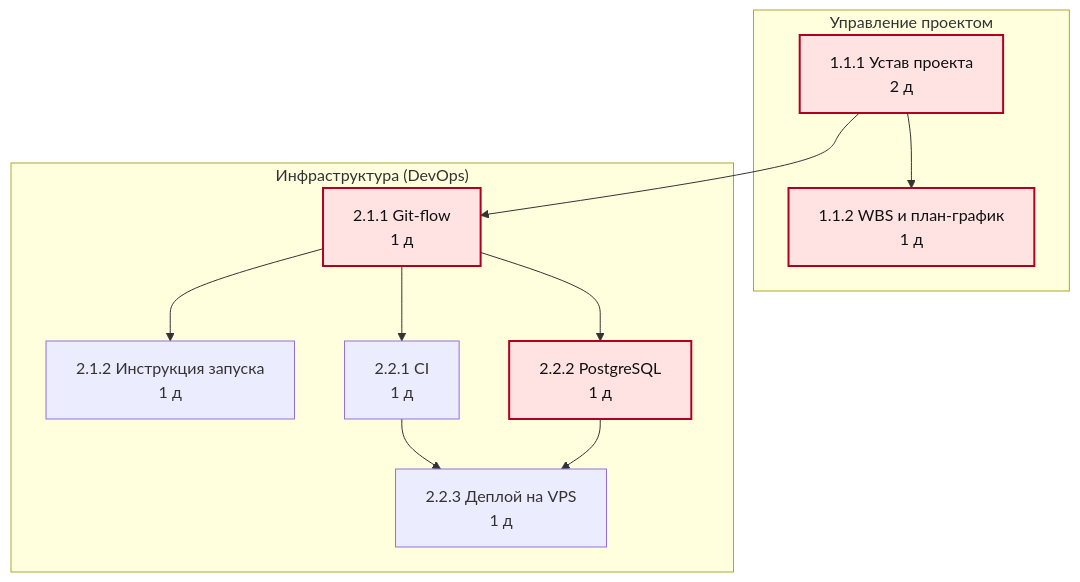
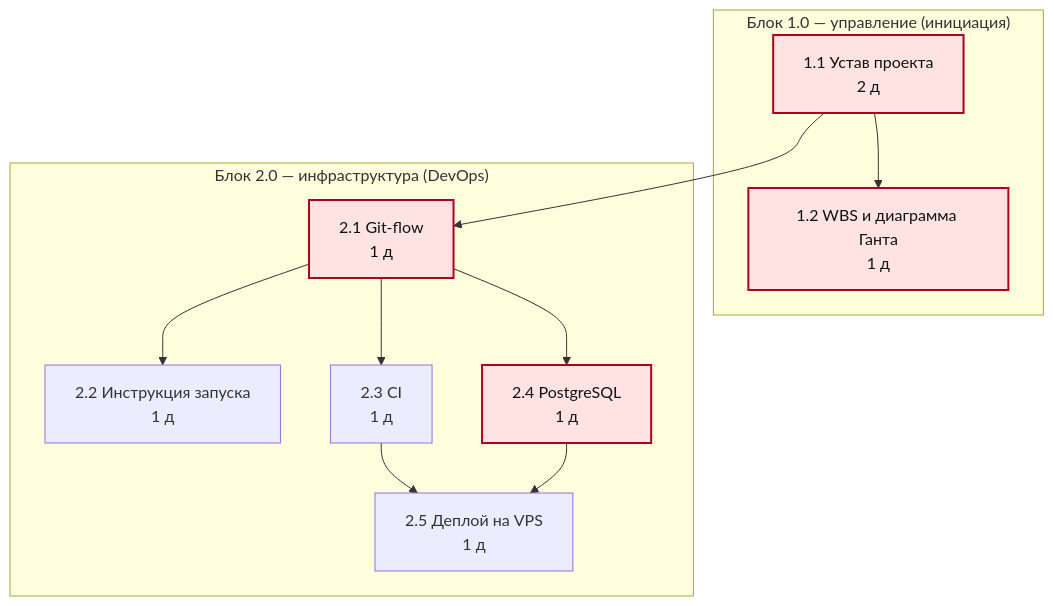
Before and after one commit to xlazyone/bileton: the first of 6 diagrams in docs/labs/lab-06-schedule.md, drawn with Mermaid. The commit also changed other lines of this file and 2 other files, not shown here.

Commit message:
docs: ЛР6 перестроена по обновлённой WBS, Ганта в формате MS Project

````diff
--- a/docs/labs/lab-06-schedule.md
+++ b/docs/labs/lab-06-schedule.md
@@ -110,24 +119,24 @@
 ```mermaid
 flowchart TB
     classDef crit fill:#ffe3e3,stroke:#b00020,stroke-width:2px,color:#111;
-    classDef gate fill:#eef4ff,stroke:#3b5bdb,stroke-width:2px,color:#111;
-    subgraph tg0["Управление проектом"]
-        t111["1.1.1 Устав проекта<br/>2 д"]
-        t112["1.1.2 WBS и план-график<br/>1 д"]
+    classDef gate fill:#eef4ff,stroke:#3b5bdb,stroke-width:2px,stroke-dasharray: 5 4,color:#111;
+    subgraph tg0["Блок 1.0 — управление (инициация)"]
+        t1_1["1.1 Устав проекта<br/>2 д"]
+        t1_2["1.2 WBS и диаграмма Ганта<br/>1 д"]
     end
-    subgraph tg1["Инфраструктура (DevOps)"]
-        t211["2.1.1 Git-flow<br/>1 д"]
-        t212["2.1.2 Инструкция запуска<br/>1 д"]
-        t221["2.2.1 CI<br/>1 д"]
-        t222["2.2.2 PostgreSQL<br/>1 д"]
-        t223["2.2.3 Деплой на VPS<br/>1 д"]
+    subgraph tg1["Блок 2.0 — инфраструктура (DevOps)"]
+        t2_1["2.1 Git-flow<br/>1 д"]
+        t2_2["2.2 Инструкция запуска<br/>1 д"]
+        t2_3["2.3 CI<br/>1 д"]
+        t2_4["2.4 PostgreSQL<br/>1 д"]
+        t2_5["2.5 Деплой на VPS<br/>1 д"]
     end
-    t111 --> t112
-    t111 --> t211
-    t211 --> t212
-    t211 --> t221
-    t211 --> t222
-    t221 --> t223
-    t222 --> t223
-    class t111,t112,t211,t222 crit;
+    t1_1 --> t1_2
+    t1_1 --> t2_1
+    t2_1 --> t2_2
+    t2_1 --> t2_3
+    t2_1 --> t2_4
+    t2_3 --> t2_5
+    t2_4 --> t2_5
+    class t1_1,t1_2,t2_1,t2_4 crit;
 ```
````
